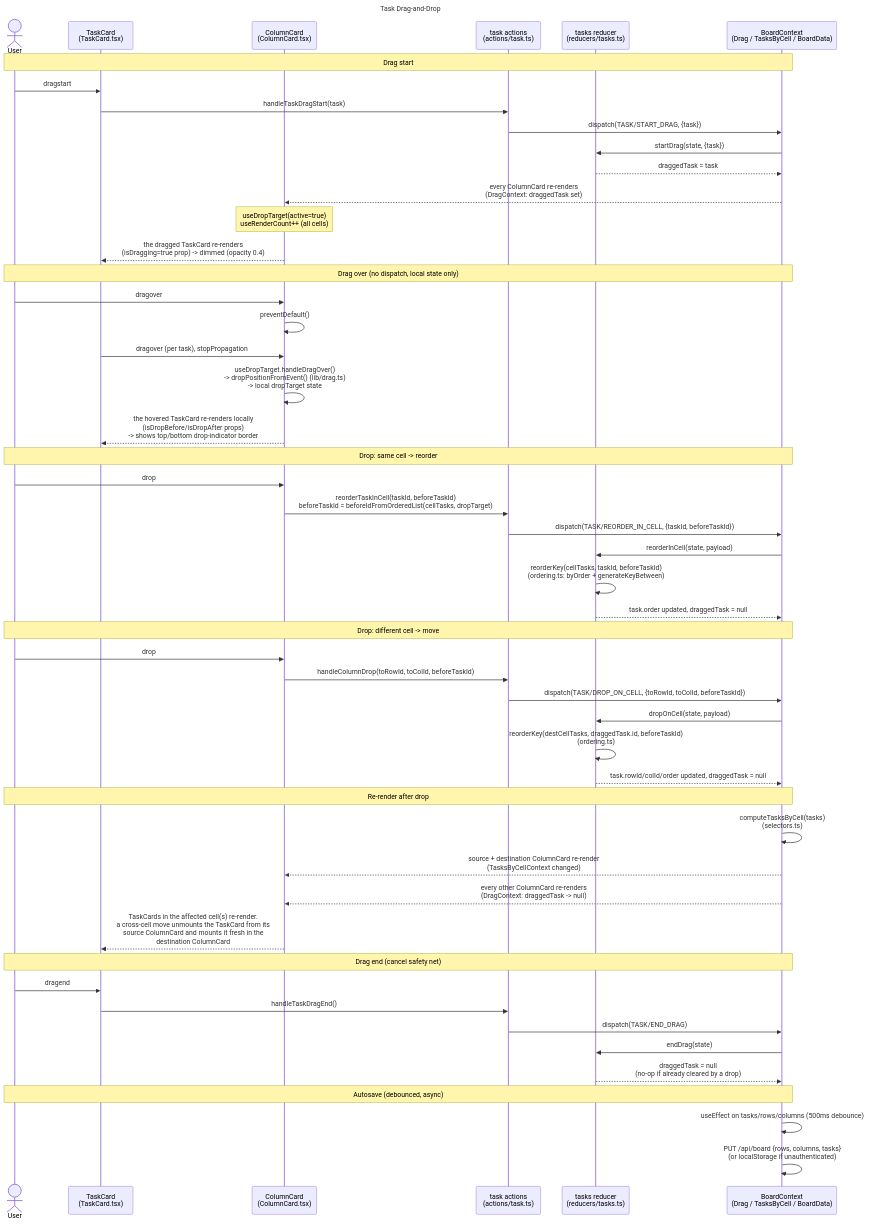
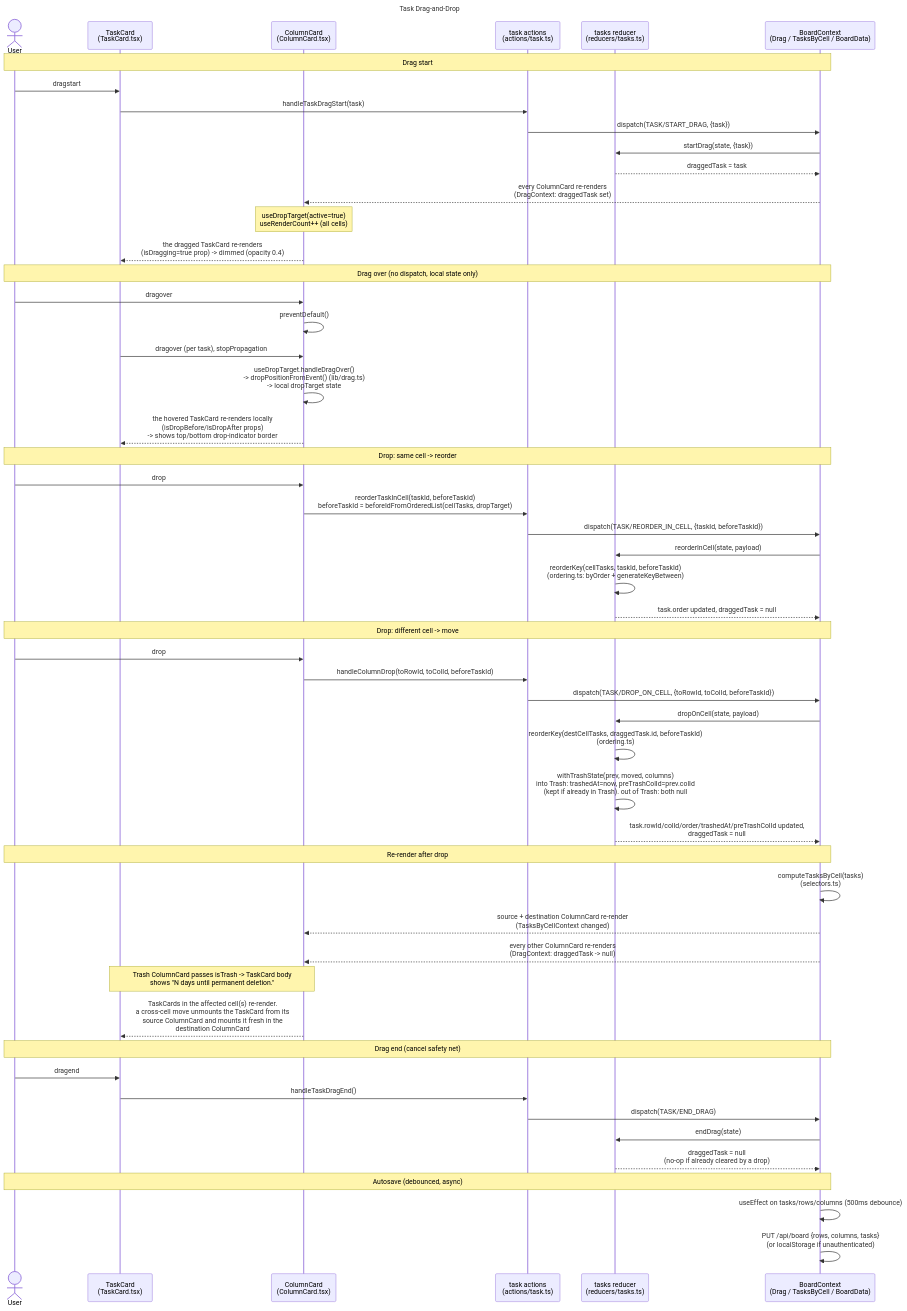
The diagram in docs/sequence-diagrams/task-drag-and-drop.mmd (kimdcottrell/kanaryboards), drawn with Mermaid before and after one commit. The commit also changed 49 other files, not shown here.

Commit message:
added trash column and cleaned up delete functionality around tasks

```diff
--- a/docs/sequence-diagrams/task-drag-and-drop.mmd
+++ b/docs/sequence-diagrams/task-drag-and-drop.mmd
@@ -1,60 +1,62 @@
 ---
 title: Task Drag-and-Drop
 ---
 sequenceDiagram
     actor User
     participant Card as TaskCard<br/>(TaskCard.tsx)
     participant Cell as ColumnCard<br/>(ColumnCard.tsx)
     participant Actions as task actions<br/>(actions/task.ts)
     participant Reducer as tasks reducer<br/>(reducers/tasks.ts)
     participant Ctx as BoardContext<br/>(Drag / TasksByCell / BoardData)
 
     Note over User,Ctx: Drag start
     User->>Card: dragstart
     Card->>Actions: handleTaskDragStart(task)
     Actions->>Ctx: dispatch(TASK/START_DRAG, {task})
     Ctx->>Reducer: startDrag(state, {task})
     Reducer-->>Ctx: draggedTask = task
     Ctx-->>Cell: every ColumnCard re-renders<br/>(DragContext: draggedTask set)
     Note over Cell: useDropTarget(active=true)<br/>useRenderCount++ (all cells)
     Cell-->>Card: the dragged TaskCard re-renders<br/>(isDragging=true prop) -> dimmed (opacity 0.4)
 
     Note over User,Ctx: Drag over (no dispatch, local state only)
     User->>Cell: dragover
     Cell->>Cell: preventDefault()
     Card->>Cell: dragover (per task), stopPropagation
     Cell->>Cell: useDropTarget.handleDragOver()<br/>-> dropPositionFromEvent() (lib/drag.ts)<br/>-> local dropTarget state
     Cell-->>Card: the hovered TaskCard re-renders locally<br/>(isDropBefore/isDropAfter props)<br/>-> shows top/bottom drop-indicator border
 
     Note over User,Ctx: Drop: same cell -> reorder
     User->>Cell: drop
     Cell->>Actions: reorderTaskInCell(taskId, beforeTaskId)<br/>beforeTaskId = beforeIdFromOrderedList(cellTasks, dropTarget)
     Actions->>Ctx: dispatch(TASK/REORDER_IN_CELL, {taskId, beforeTaskId})
     Ctx->>Reducer: reorderInCell(state, payload)
     Reducer->>Reducer: reorderKey(cellTasks, taskId, beforeTaskId)<br/>(ordering.ts: byOrder + generateKeyBetween)
     Reducer-->>Ctx: task.order updated, draggedTask = null
 
     Note over User,Ctx: Drop: different cell -> move
     User->>Cell: drop
     Cell->>Actions: handleColumnDrop(toRowId, toColId, beforeTaskId)
     Actions->>Ctx: dispatch(TASK/DROP_ON_CELL, {toRowId, toColId, beforeTaskId})
     Ctx->>Reducer: dropOnCell(state, payload)
     Reducer->>Reducer: reorderKey(destCellTasks, draggedTask.id, beforeTaskId)<br/>(ordering.ts)
-    Reducer-->>Ctx: task.rowId/colId/order updated, draggedTask = null
+    Reducer->>Reducer: withTrashState(prev, moved, columns)<br/>into Trash: trashedAt=now, preTrashColId=prev.colId<br/>(kept if already in Trash). out of Trash: both null
+    Reducer-->>Ctx: task.rowId/colId/order/trashedAt/preTrashColId updated,<br/>draggedTask = null
 
     Note over User,Ctx: Re-render after drop
     Ctx->>Ctx: computeTasksByCell(tasks)<br/>(selectors.ts)
     Ctx-->>Cell: source + destination ColumnCard re-render<br/>(TasksByCellContext changed)
     Ctx-->>Cell: every other ColumnCard re-renders<br/>(DragContext: draggedTask -> null)
+    Note over Cell,Card: Trash ColumnCard passes isTrash -> TaskCard body<br/>shows "N days until permanent deletion."
     Cell-->>Card: TaskCards in the affected cell(s) re-render.<br/>a cross-cell move unmounts the TaskCard from its<br/>source ColumnCard and mounts it fresh in the<br/>destination ColumnCard
 
     Note over User,Ctx: Drag end (cancel safety net)
     User->>Card: dragend
     Card->>Actions: handleTaskDragEnd()
     Actions->>Ctx: dispatch(TASK/END_DRAG)
     Ctx->>Reducer: endDrag(state)
     Reducer-->>Ctx: draggedTask = null<br/>(no-op if already cleared by a drop)
 
     Note over User,Ctx: Autosave (debounced, async)
     Ctx->>Ctx: useEffect on tasks/rows/columns (500ms debounce)
     Ctx->>Ctx: PUT /api/board {rows, columns, tasks}<br/>(or localStorage if unauthenticated)
```
